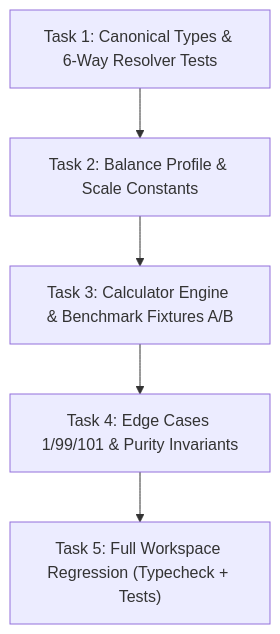
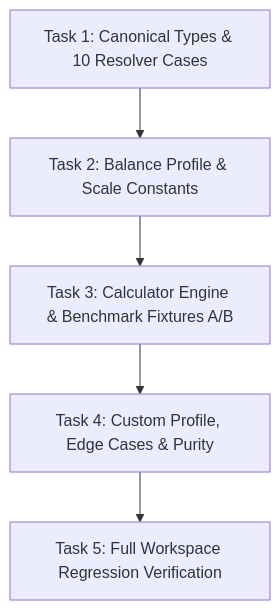
The diagram in docs/work_packages/POP-01A_Implementation_Plan.md (tanntran2000/Build-Settlement), drawn with Mermaid before and after one commit. The commit also changed other lines of this file and 2 other files, not shown here.

````diff
--- a/docs/work_packages/POP-01A_Implementation_Plan.md
+++ b/docs/work_packages/POP-01A_Implementation_Plan.md
@@ -112,7 +111,7 @@
 ```mermaid
 flowchart TD
-    T1["Task 1: Canonical Types & 6-Way Resolver Tests"] --> T2["Task 2: Balance Profile & Scale Constants"]
+    T1["Task 1: Canonical Types & 10 Resolver Cases"] --> T2["Task 2: Balance Profile & Scale Constants"]
     T2 --> T3["Task 3: Calculator Engine & Benchmark Fixtures A/B"]
-    T3 --> T4["Task 4: Edge Cases 1/99/101 & Purity Invariants"]
-    T4 --> T5["Task 5: Full Workspace Regression (Typecheck + Tests)"]
+    T3 --> T4["Task 4: Custom Profile, Edge Cases & Purity"]
+    T4 --> T5["Task 5: Full Workspace Regression Verification"]
 ```
````
